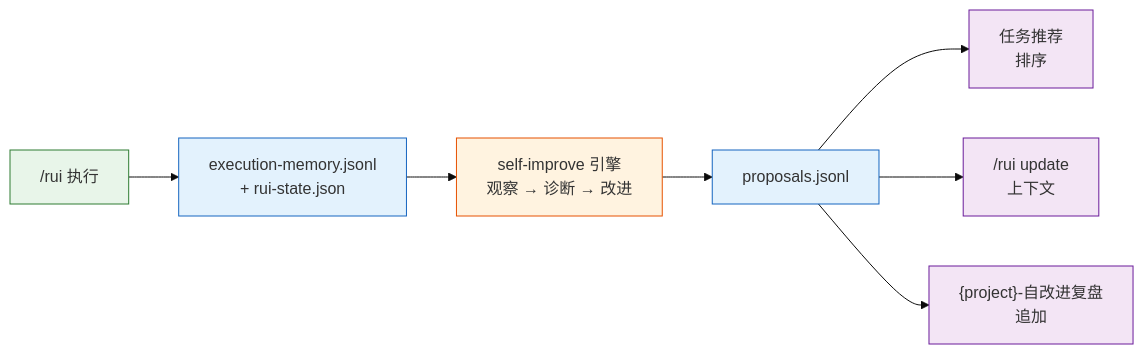
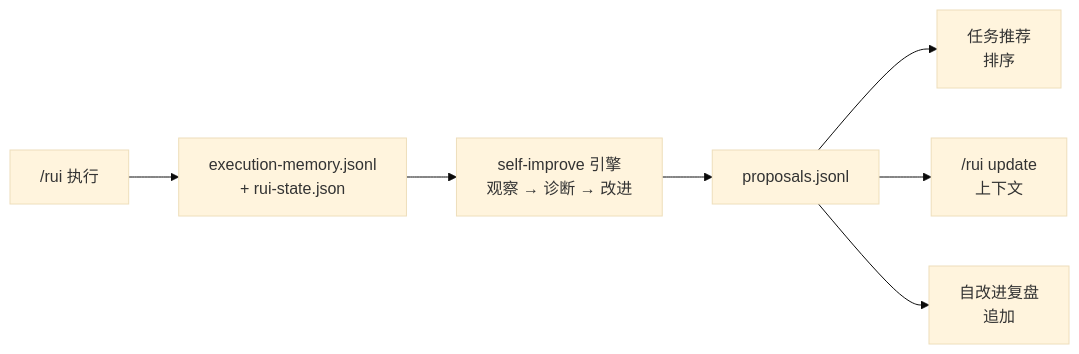
One commit to effiy/YrY changed the fifth of 5 diagrams in skills/rui/coder.md. Above: the diagram before and after it, drawn with Mermaid (base theme). The commit also changed other lines of this file and 61 other files, not shown here.

````diff
--- a/skills/rui/coder.md
+++ b/skills/rui/coder.md
@@ -159,14 +145,10 @@
 ```mermaid
 flowchart LR
     A["/rui 执行"]:::src --> B["execution-memory.jsonl<br/>+ rui-state.json"]:::store
     B --> C["self-improve 引擎<br/>观察 → 诊断 → 改进"]:::op
     C --> D["proposals.jsonl"]:::store
     D --> E1["任务推荐<br/>排序"]:::use
     D --> E2["/rui update<br/>上下文"]:::use
-    D --> E3["{project}-自改进复盘<br/>追加"]:::use
+    D --> E3["自改进复盘<br/>追加"]:::use
 
-    classDef src fill:#e8f5e9,stroke:#2e7d32;
-    classDef store fill:#e3f2fd,stroke:#1565c0;
-    classDef op fill:#fff3e0,stroke:#e65100;
-    classDef use fill:#f3e5f5,stroke:#6a1b9a;
 ```
````
